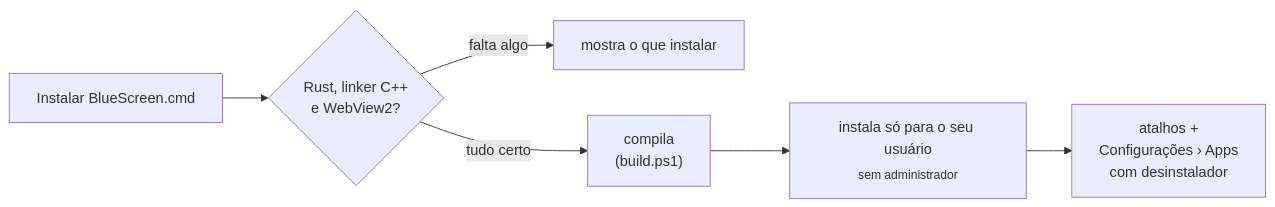
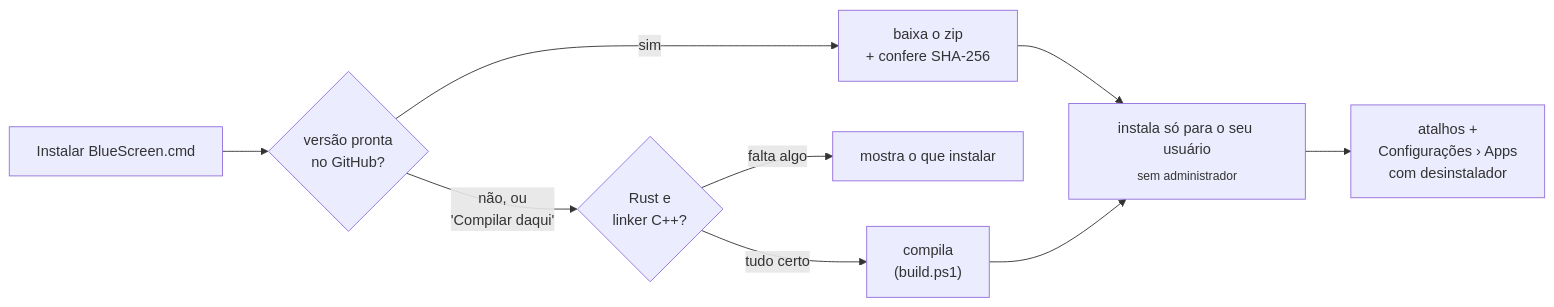
Before and after one commit to martindevbr/BlueScreen-Code: the second of 14 diagrams in README.md, drawn with Mermaid. The commit also changed other lines of this file and 6 other files, not shown here.

````diff
--- a/README.md
+++ b/README.md
@@ -92,8 +92,11 @@
 ```mermaid
 flowchart LR
-    a["Instalar BlueScreen.cmd"] --> b{"Rust, linker C++<br/>e WebView2?"}
+    a["Instalar BlueScreen.cmd"] --> r{"versão pronta<br/>no GitHub?"}
+    r -- sim --> dl["baixa o zip<br/>+ confere SHA-256"]
+    r -- "não, ou<br/>'Compilar daqui'" --> b{"Rust e<br/>linker C++?"}
     b -- falta algo --> c["mostra o que instalar"]
     b -- tudo certo --> d["compila<br/>(build.ps1)"]
-    d --> e["instala só para o seu usuário<br/><sub>sem administrador</sub>"]
+    dl --> e["instala só para o seu usuário<br/><sub>sem administrador</sub>"]
+    d --> e
     e --> f["atalhos +<br/>Configurações › Apps<br/>com desinstalador"]
 ```
````
